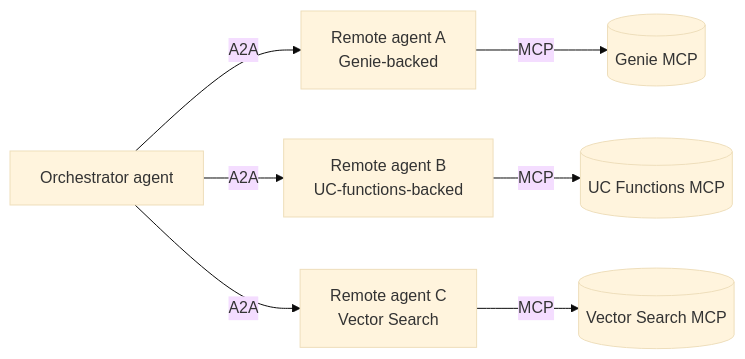
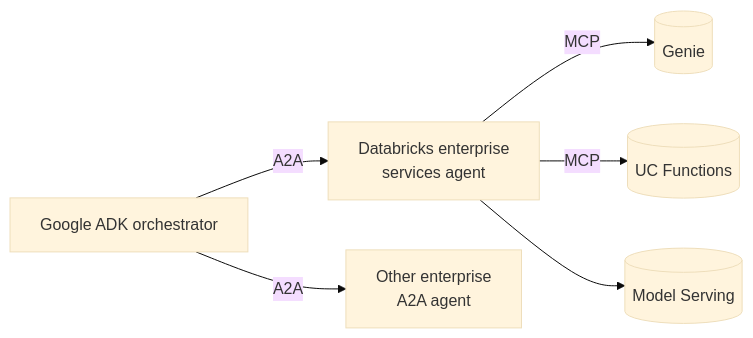
The second of 3 diagrams in README.md (sdonohoo-db/databricks-a2a-governed-services-demo), drawn with Mermaid (base theme) before and after one commit. The commit also changed other lines of this file and 15 other files, not shown here.

Commit message:
Add Google ADK to Databricks A2A interoperability demo

````diff
--- a/README.md
+++ b/README.md
@@ -36,9 +40,8 @@
 ```mermaid
 flowchart LR
-    orch["Orchestrator agent"] -- A2A --> a1["Remote agent A<br/>Genie-backed"]
-    orch -- A2A --> a2["Remote agent B<br/>UC-functions-backed"]
-    orch -- A2A --> a3["Remote agent C<br/>Vector Search"]
-    a1 -- MCP --> m1[(Genie MCP)]
-    a2 -- MCP --> m2[(UC Functions MCP)]
-    a3 -- MCP --> m3[(Vector Search MCP)]
+    orch["Google ADK orchestrator"] -- A2A --> dbx["Databricks enterprise<br/>services agent"]
+    orch -- A2A --> other["Other enterprise<br/>A2A agent"]
+    dbx -- MCP --> m1[(Genie)]
+    dbx -- MCP --> m2[(UC Functions)]
+    dbx --> m3[(Model Serving)]
 ```
````
